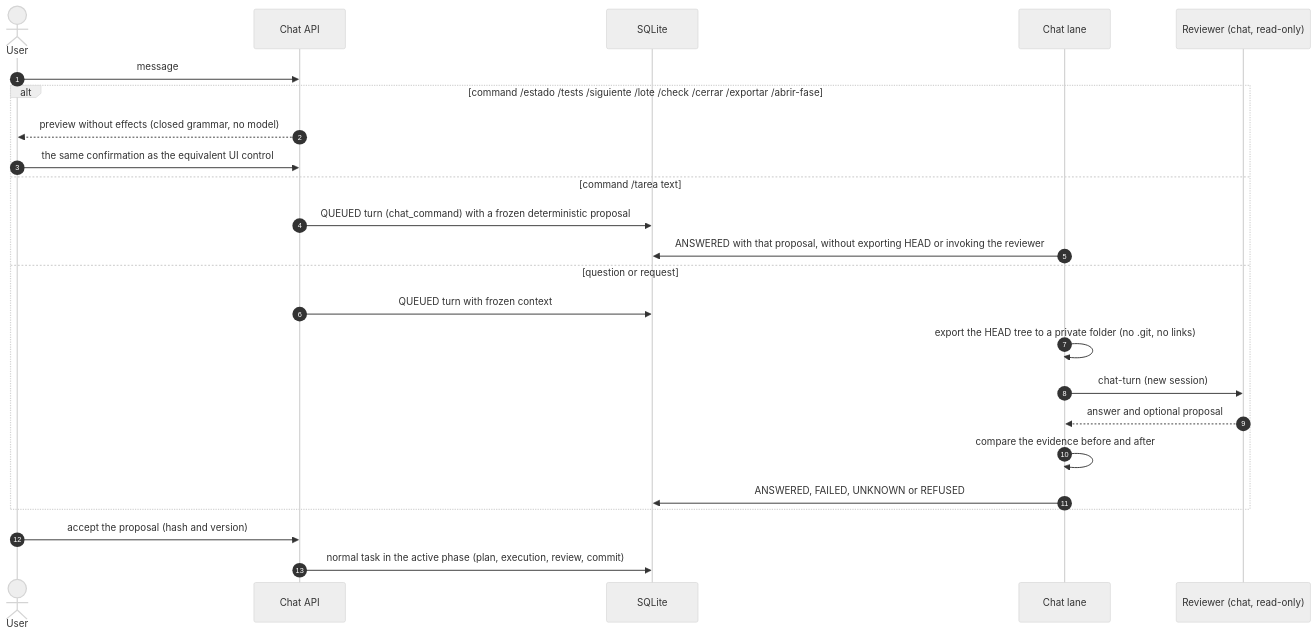
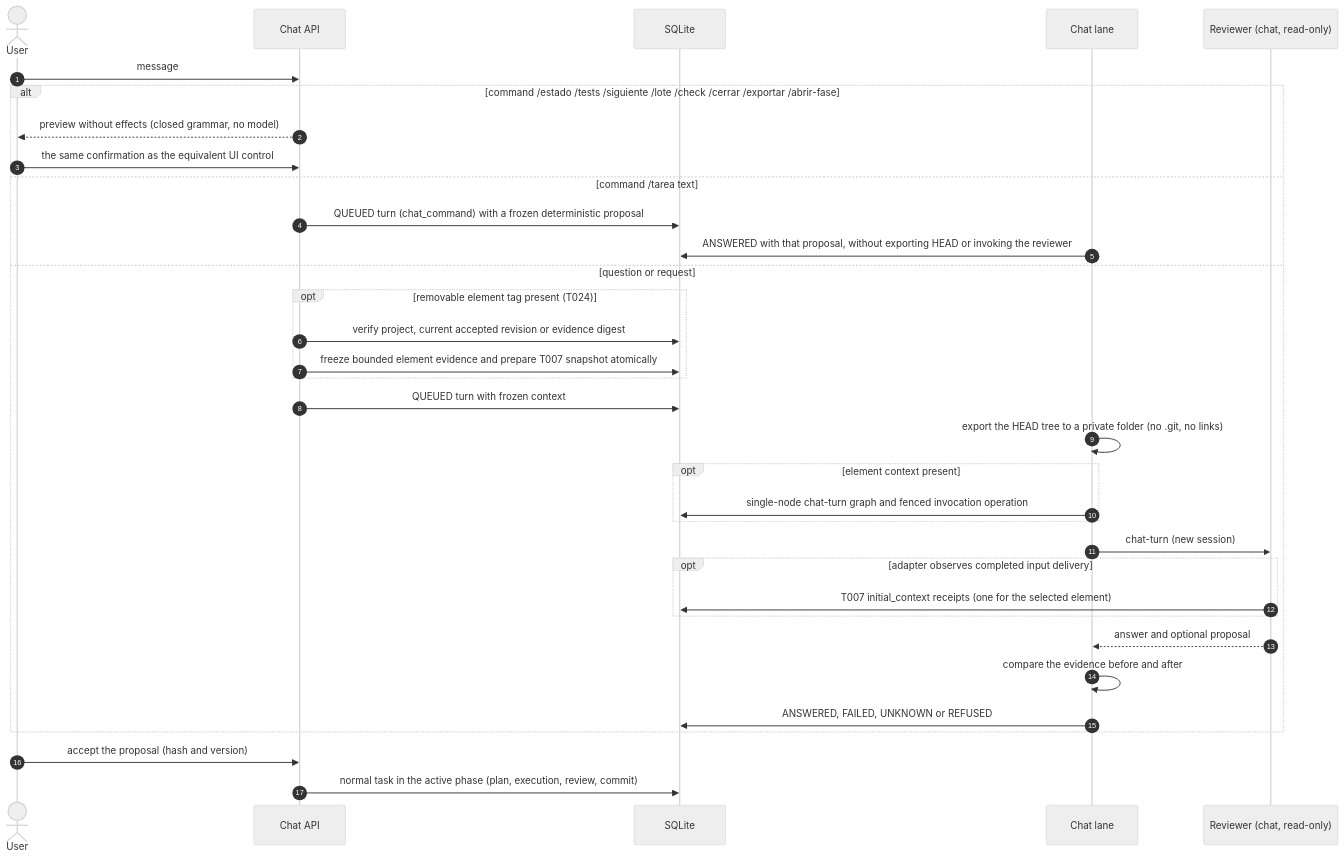
Before and after one commit to AcostaDDev/my-harness: the diagram in docs/flows/chat.md, drawn with Mermaid (neutral theme). The commit also changed other lines of this file and 45 other files, not shown here.

````diff
--- a/docs/flows/chat.md
+++ b/docs/flows/chat.md
@@ -7,26 +7,36 @@
 ```mermaid
 sequenceDiagram
     autonumber
     actor U as User
     participant API as Chat API
     participant DB as SQLite
     participant L as Chat lane
     participant R as Reviewer (chat, read-only)
     U->>API: message
     alt command /estado /tests /siguiente /lote /check /cerrar /exportar /abrir-fase
         API-->>U: preview without effects (closed grammar, no model)
         U->>API: the same confirmation as the equivalent UI control
     else command /tarea text
         API->>DB: QUEUED turn (chat_command) with a frozen deterministic proposal
         L->>DB: ANSWERED with that proposal, without exporting HEAD or invoking the reviewer
     else question or request
+        opt removable element tag present (T024)
+            API->>DB: verify project, current accepted revision or evidence digest
+            API->>DB: freeze bounded element evidence and prepare T007 snapshot atomically
+        end
         API->>DB: QUEUED turn with frozen context
         L->>L: export the HEAD tree to a private folder (no .git, no links)
+        opt element context present
+            L->>DB: single-node chat-turn graph and fenced invocation operation
+        end
         L->>R: chat-turn (new session)
+        opt adapter observes completed input delivery
+            R->>DB: T007 initial_context receipts (one for the selected element)
+        end
         R-->>L: answer and optional proposal
         L->>L: compare the evidence before and after
         L->>DB: ANSWERED, FAILED, UNKNOWN or REFUSED
     end
     U->>API: accept the proposal (hash and version)
     API->>DB: normal task in the active phase (plan, execution, review, commit)
 ```
````
